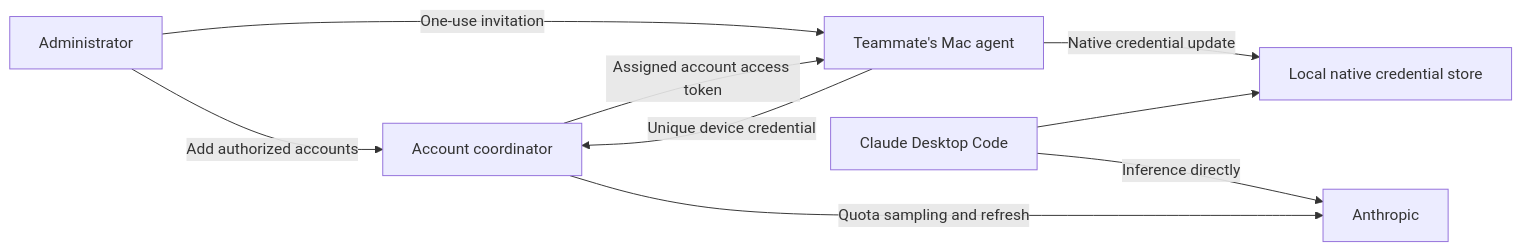
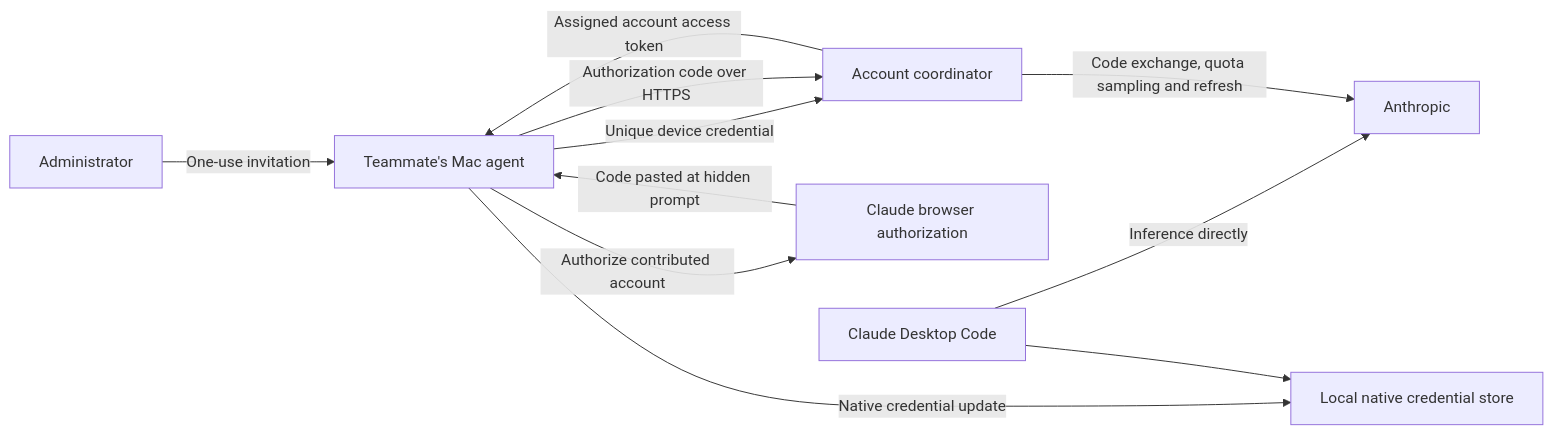
The diagram in docs/team-pool-design.md (Paradigm-Study/claude-desktop-swap), drawn with Mermaid before and after one commit. The commit also changed other lines of this file and 13 other files, not shown here.

````diff
--- a/docs/team-pool-design.md
+++ b/docs/team-pool-design.md
@@ -25,11 +27,13 @@
 ```mermaid
 flowchart LR
-    Admin[Administrator] -->|Add authorized accounts| Broker[Account coordinator]
-    Admin -->|One-use invitation| Agent[Teammate's Mac agent]
-    Agent -->|Unique device credential| Broker
+    Admin[Administrator] -->|One-use invitation| Agent[Teammate's Mac agent]
+    Agent -->|Unique device credential| Broker[Account coordinator]
+    Agent -->|Authorize contributed account| Login[Claude browser authorization]
+    Login -->|Code pasted at hidden prompt| Agent
+    Agent -->|Authorization code over HTTPS| Broker
     Broker -->|Assigned account access token| Agent
     Agent -->|Native credential update| Keychain[Local native credential store]
     Desktop[Claude Desktop Code] --> Keychain
     Desktop -->|Inference directly| Anthropic[Anthropic]
-    Broker -->|Quota sampling and refresh| Anthropic
+    Broker -->|Code exchange, quota sampling and refresh| Anthropic
 ```
````
